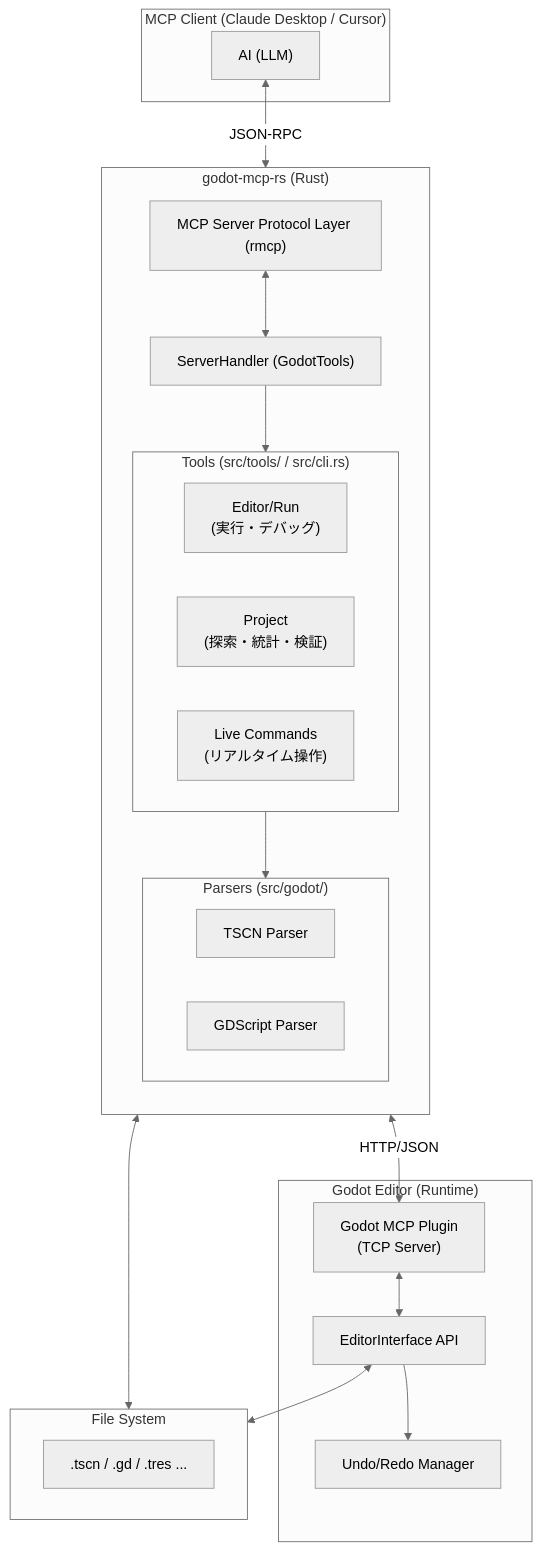
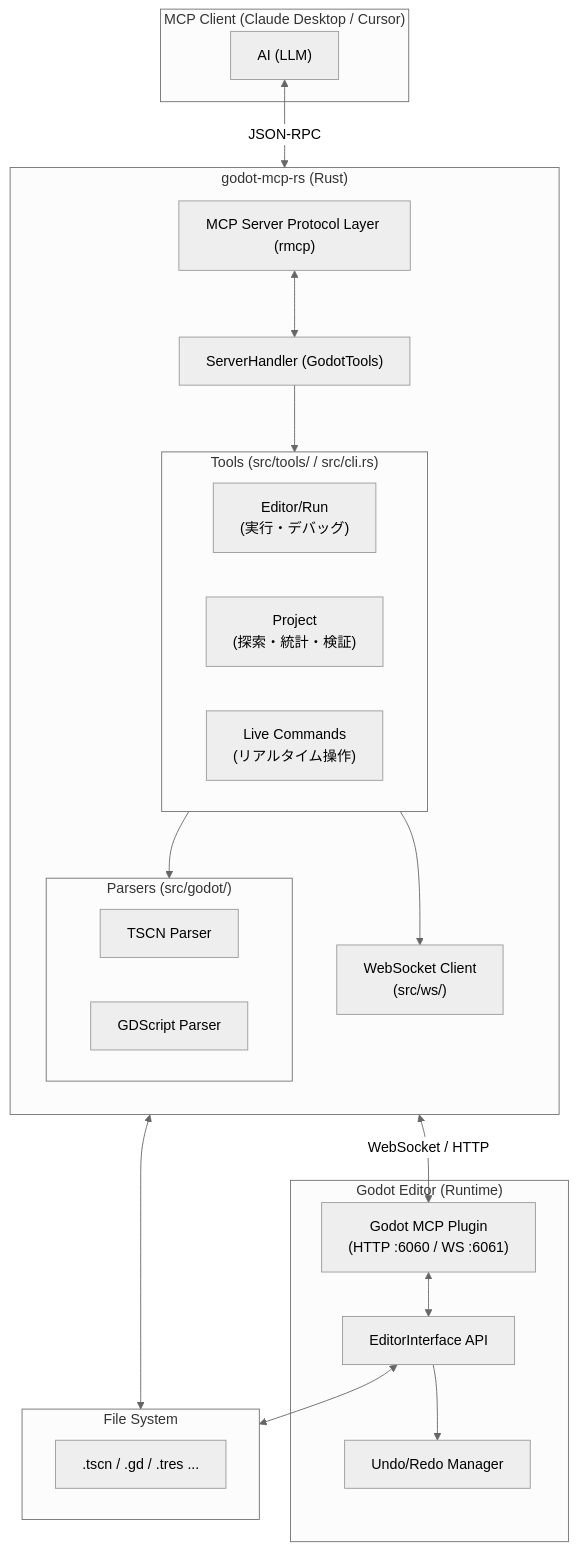
Before and after one commit to MERY-Sheep/godot-mcp-rs: the diagram in docs/ARCHITECTURE.md, drawn with Mermaid (neutral theme). The commit also changed other lines of this file and 48 other files, not shown here.

First line of the commit message:
feat: WebSocket migration for low-latency bidirectional communication

````diff
--- a/docs/ARCHITECTURE.md
+++ b/docs/ARCHITECTURE.md
@@ -10,48 +10,51 @@
 ```mermaid
 flowchart TB
     subgraph Host["MCP Client (Claude Desktop / Cursor)"]
         Client["AI (LLM)"]
     end
 
     subgraph Server["godot-mcp-rs (Rust)"]
         direction TB
         MCP["MCP Server Protocol Layer (rmcp)"]
         Handler["ServerHandler (GodotTools)"]
 
         subgraph Tools["Tools (src/tools/ / src/cli.rs)"]
             direction LR
             ED["Editor/Run<br/>(実行・デバッグ)"]
             PT["Project<br/>(探索・統計・検証)"]
             LIVE["Live Commands<br/>(リアルタイム操作)"]
         end
 
         subgraph Parsers["Parsers (src/godot/)"]
             direction LR
             TSCN["TSCN Parser"]
             GD["GDScript Parser"]
         end
+
+        WS["WebSocket Client<br/>(src/ws/)"]
     end
 
     subgraph GodotEditor["Godot Editor (Runtime)"]
-        Plugin["Godot MCP Plugin<br/>(TCP Server)"]
+        Plugin["Godot MCP Plugin<br/>(HTTP :6060 / WS :6061)"]
         EditorCore["EditorInterface API"]
         History["Undo/Redo Manager"]
     end
 
     subgraph FS["File System"]
         FILES[".tscn / .gd / .tres ..."]
     end
 
     Client <-->|"JSON-RPC"| MCP
     MCP <--> Handler
     Handler --> Tools
     Tools --> Parsers
+    Tools --> WS
 
-    %% Live Flow
-    Tools <-->|"HTTP/JSON"| Plugin
+    %% Live Flow (WebSocket優先, HTTPフォールバック)
+    WS <-->|"WebSocket / HTTP"| Plugin
     Plugin <--> EditorCore
     EditorCore --> History
 
     Parsers <--> FS
     EditorCore <--> FS
 ```
````
